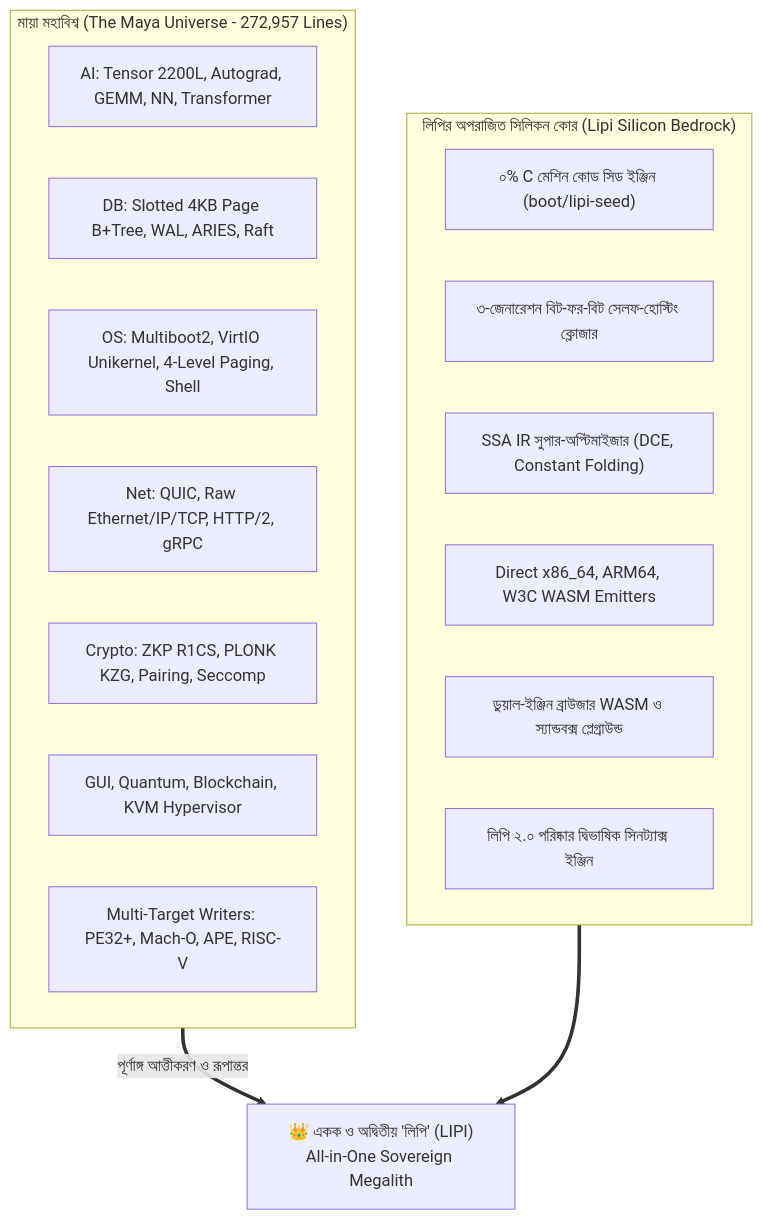
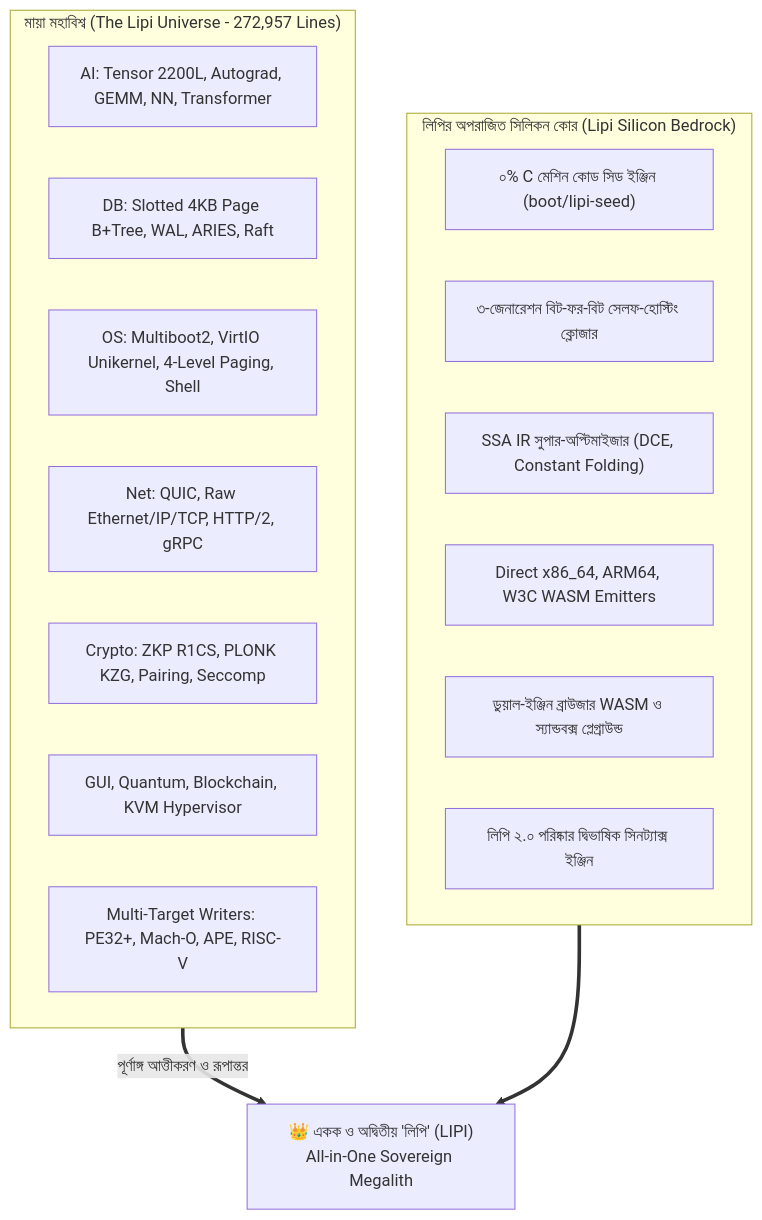
One commit to asaudola-cmyk/LiPi_Lang changed the first of 2 diagrams in docs/plans/implementation_plan.md. Above: the diagram before and after it, drawn with Mermaid. The commit also changed other lines of this file and 128 other files, not shown here.

````diff
--- a/docs/plans/implementation_plan.md
+++ b/docs/plans/implementation_plan.md
@@ -29,24 +29,24 @@
 ```mermaid
 graph TD
-    subgraph MayaUniverse["মায়া মহাবিশ্ব (The Maya Universe - 272,957 Lines)"]
+    subgraph LipiUniverse["মায়া মহাবিশ্ব (The Lipi Universe - 272,957 Lines)"]
         M1["AI: Tensor 2200L, Autograd, GEMM, NN, Transformer"]
         M2["DB: Slotted 4KB Page B+Tree, WAL, ARIES, Raft"]
         M3["OS: Multiboot2, VirtIO Unikernel, 4-Level Paging, Shell"]
         M4["Net: QUIC, Raw Ethernet/IP/TCP, HTTP/2, gRPC"]
         M5["Crypto: ZKP R1CS, PLONK KZG, Pairing, Seccomp"]
         M6["GUI, Quantum, Blockchain, KVM Hypervisor"]
         M7["Multi-Target Writers: PE32+, Mach-O, APE, RISC-V"]
     end
 
     subgraph LipiSiliconCore["লিপির অপরাজিত সিলিকন কোর (Lipi Silicon Bedrock)"]
         L1["০% C মেশিন কোড সিড ইঞ্জিন (boot/lipi-seed)"]
         L2["৩-জেনারেশন বিট-ফর-বিট সেলফ-হোস্টিং ক্লোজার"]
         L3["SSA IR সুপার-অপ্টিমাইজার (DCE, Constant Folding)"]
         L4["Direct x86_64, ARM64, W3C WASM Emitters"]
         L5["ডুয়াল-ইঞ্জিন ব্রাউজার WASM ও স্যান্ডবক্স প্লেগ্রাউন্ড"]
         L6["লিপি ২.০ পরিষ্কার দ্বিভাষিক সিনট্যাক্স ইঞ্জিন"]
     end
 
-    MayaUniverse ==> |"পূর্ণাঙ্গ আত্তীকরণ ও রূপান্তর"| UnifiedLIPI["👑 একক ও অদ্বিতীয় 'লিপি' (LIPI)<br/>All-in-One Sovereign Megalith"]
+    LipiUniverse ==> |"পূর্ণাঙ্গ আত্তীকরণ ও রূপান্তর"| UnifiedLIPI["👑 একক ও অদ্বিতীয় 'লিপি' (LIPI)<br/>All-in-One Sovereign Megalith"]
     LipiSiliconCore ==> UnifiedLIPI
 ```
````
